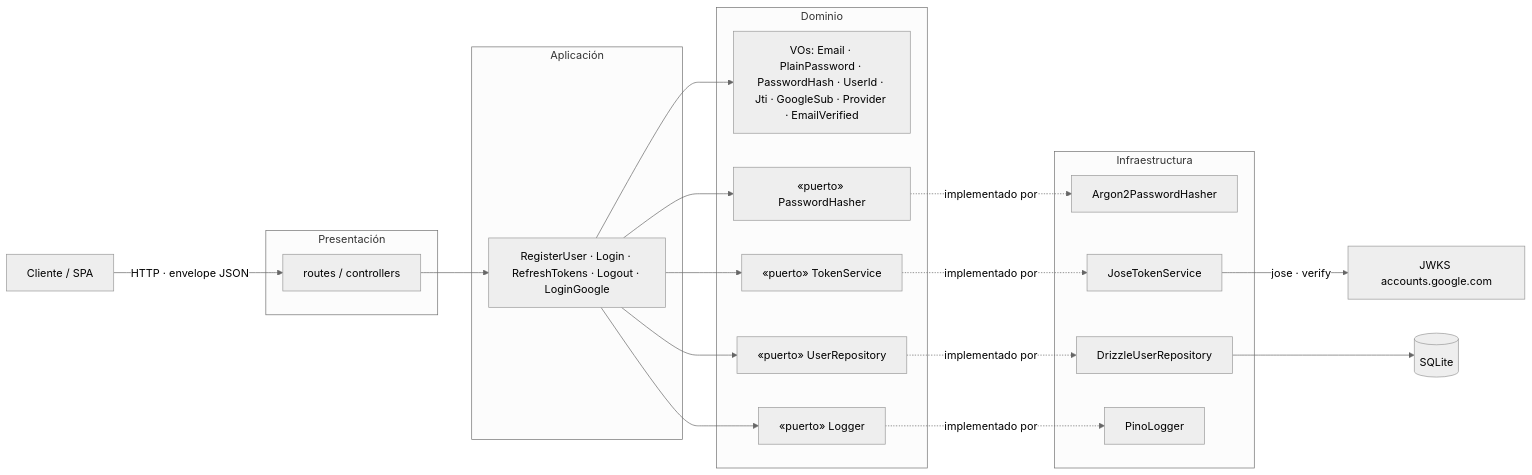
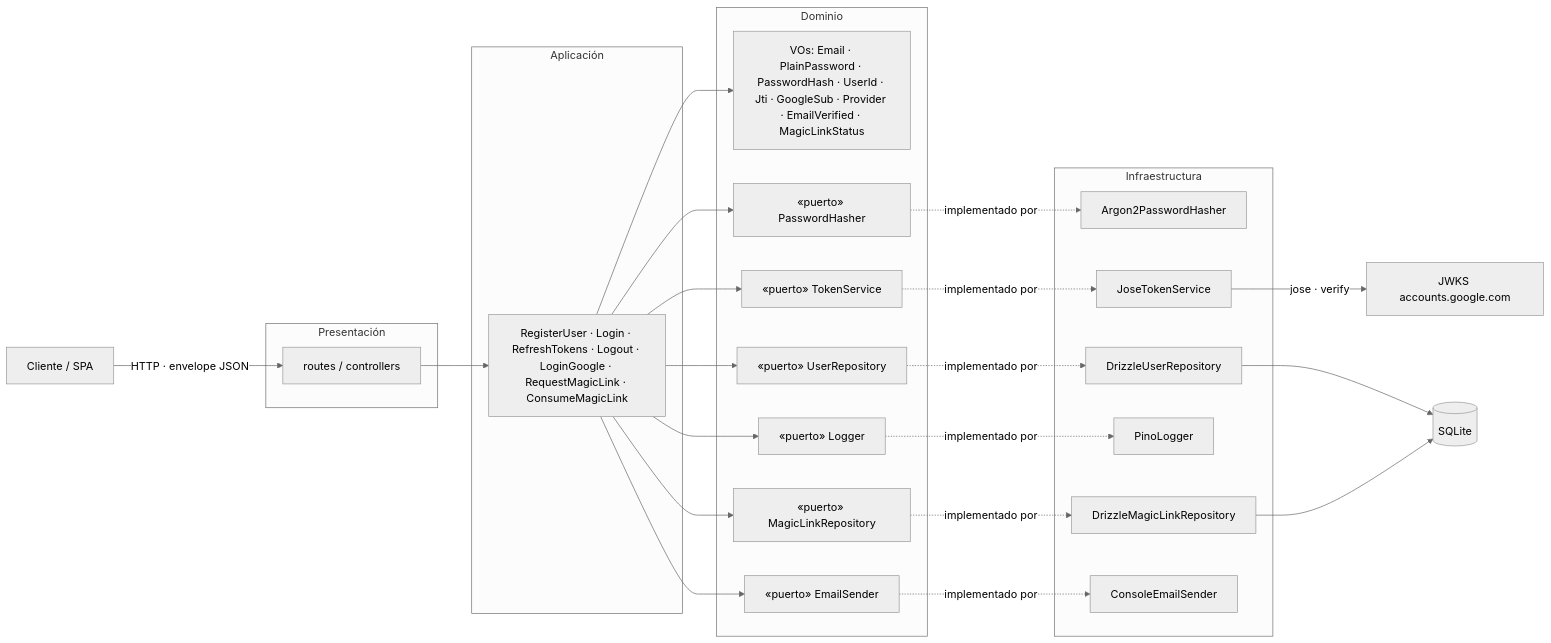
The seventh of 7 diagrams in docs/02-flujos-registro-autenticacion.md (dpa70-dev/auth-api), drawn with Mermaid (neutral theme) before and after one commit. The commit also changed other lines of this file and 35 other files, not shown here.

First line of the commit message:
feat(auth): magic link signup/sign-in (auto-account, anti-enumeration, single-use)

````diff
--- a/docs/02-flujos-registro-autenticacion.md
+++ b/docs/02-flujos-registro-autenticacion.md
@@ -273,45 +340,54 @@
 ```mermaid
 flowchart LR
     C[Cliente / SPA] -->|HTTP · envelope JSON| P
 
     subgraph PRES[Presentación]
         P[routes / controllers]
     end
 
     subgraph APP[Aplicación]
-        A[RegisterUser · Login · RefreshTokens · Logout · LoginGoogle]
+        A[RegisterUser · Login · RefreshTokens · Logout · LoginGoogle · RequestMagicLink · ConsumeMagicLink]
     end
 
     subgraph DOM[Dominio]
-        V[VOs: Email · PlainPassword · PasswordHash · UserId · Jti · GoogleSub · Provider · EmailVerified]
+        V[VOs: Email · PlainPassword · PasswordHash · UserId · Jti · GoogleSub · Provider · EmailVerified · MagicLinkStatus]
         VA[«puerto» PasswordHasher]
         VB[«puerto» TokenService]
         VC[«puerto» UserRepository]
         VD[«puerto» Logger]
+        VE[«puerto» MagicLinkRepository]
+        VF[«puerto» EmailSender]
     end
 
     subgraph INF[Infraestructura]
         IA[Argon2PasswordHasher]
         IB[JoseTokenService]
         IC[DrizzleUserRepository]
         ID[PinoLogger]
+        IE[DrizzleMagicLinkRepository]
+        IF[ConsoleEmailSender]
     end
 
     DB[(SQLite)]
     JWKS[JWKS accounts.google.com]
 
     P --> A
     A --> V
     A --> VA
     A --> VB
     A --> VC
     A --> VD
+    A --> VE
+    A --> VF
 
     VA -.implementado por.-> IA
     VB -.implementado por.-> IB
     VC -.implementado por.-> IC
     VD -.implementado por.-> ID
+    VE -.implementado por.-> IE
+    VF -.implementado por.-> IF
 
     IC --> DB
+    IE --> DB
     IB -->|jose · verify| JWKS
 ```
````
